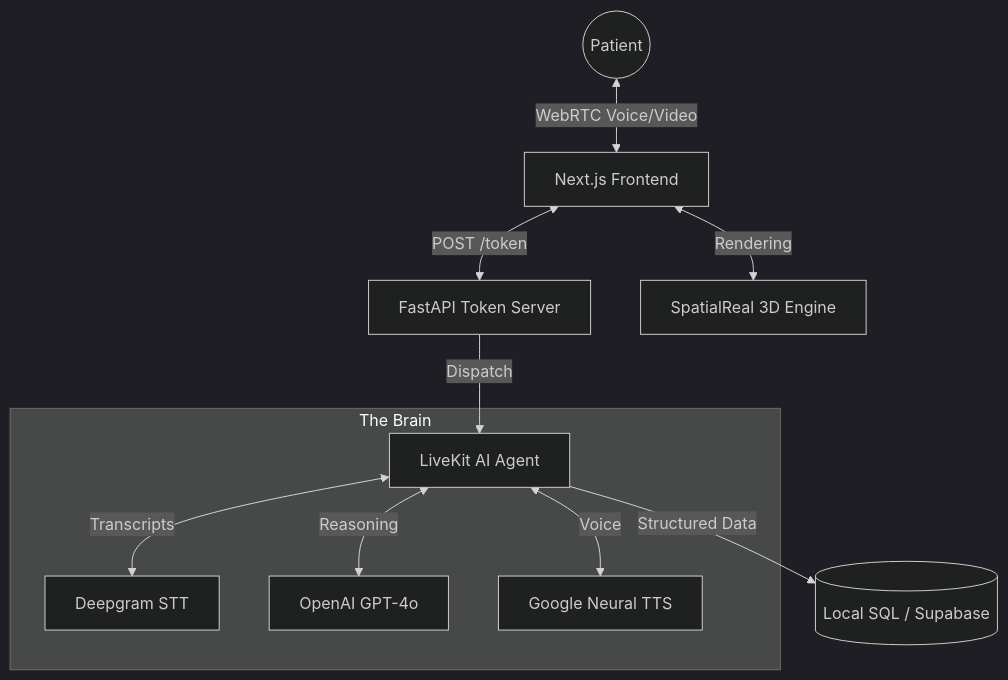
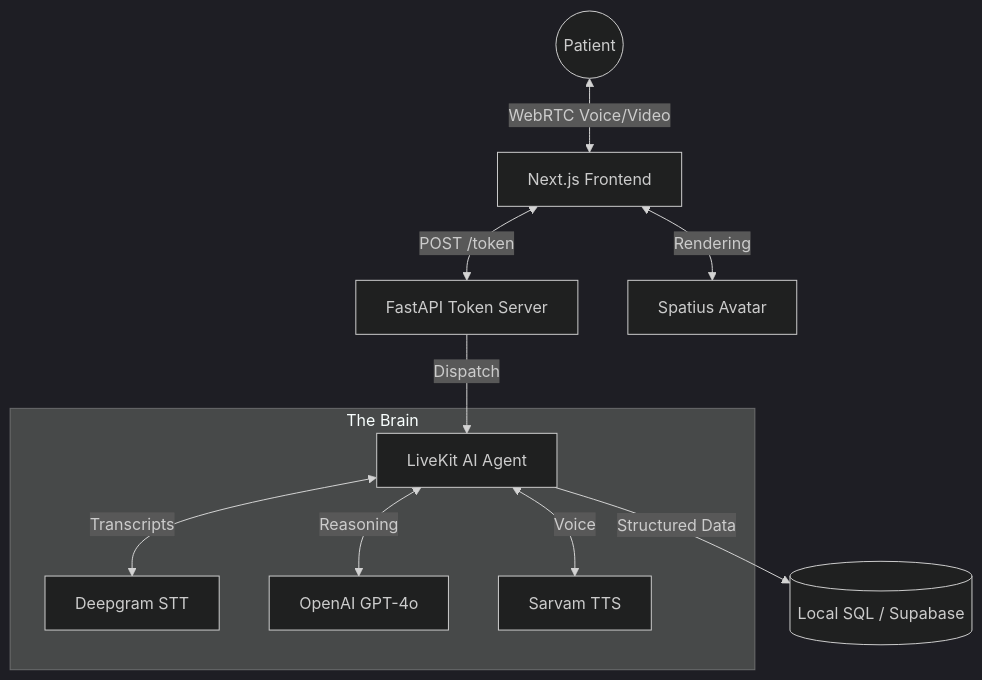
One commit to tanishra/aarohi changed the diagram in README.md. Above: the diagram before and after it, drawn with Mermaid (dark theme). The commit also changed other lines of this file, not shown here.

````diff
--- a/README.md
+++ b/README.md
@@ -34,15 +34,15 @@
 ```mermaid
 graph TD
     User((Patient)) <-->|WebRTC Voice/Video| Frontend[Next.js Frontend]
     Frontend <-->|POST /token| TokenServer[FastAPI Token Server]
     TokenServer -->|Dispatch| AgentWorker[LiveKit AI Agent]
     
     subgraph "The Brain"
     AgentWorker <-->|Transcripts| STT[Deepgram STT]
     AgentWorker <-->|Reasoning| LLM[OpenAI GPT-4o]
-    AgentWorker <-->|Voice| TTS[Google Neural TTS]
+    AgentWorker <-->|Voice| TTS[Sarvam TTS]
     end
     
     AgentWorker -->|Structured Data| DB[(Local SQL / Supabase)]
-    Frontend <-->|Rendering| Avatar[SpatialReal 3D Engine]
+    Frontend <-->|Rendering| Avatar[Spatius Avatar]
 ```
````
